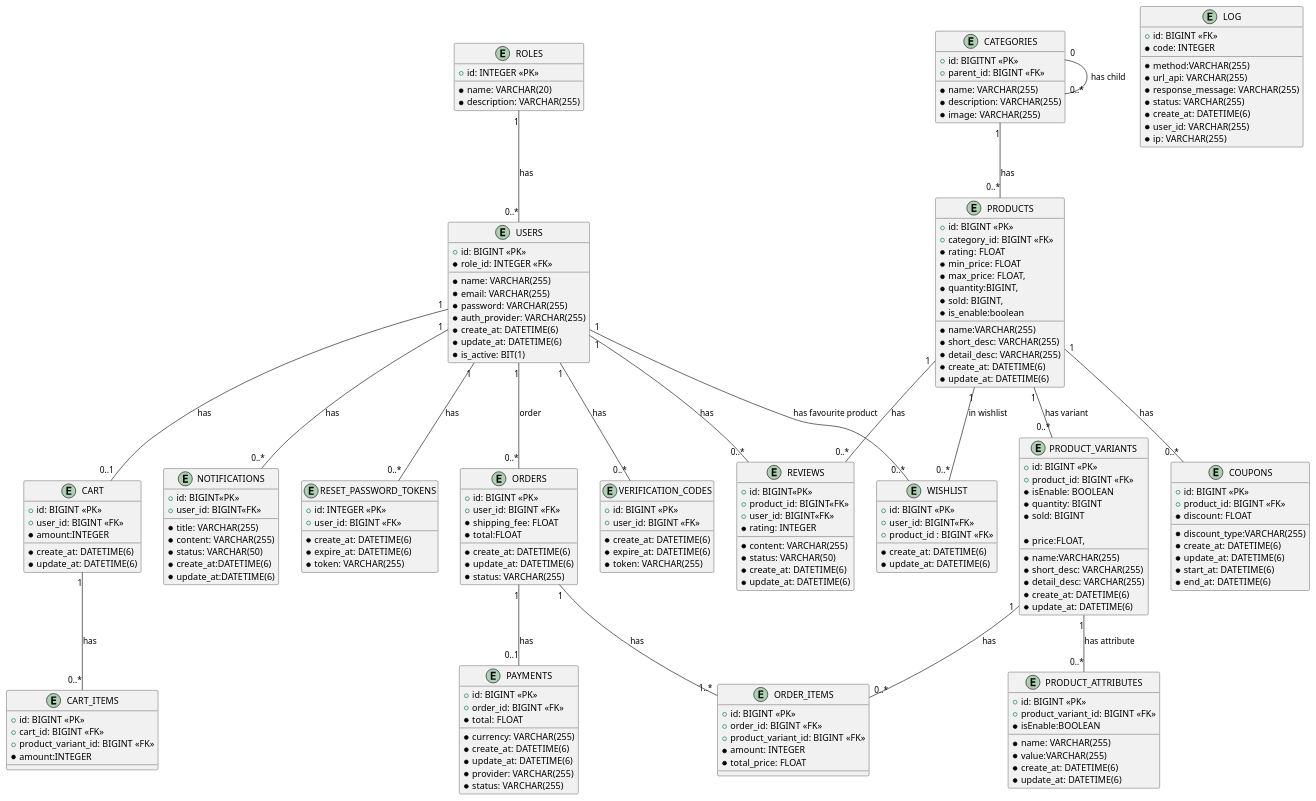
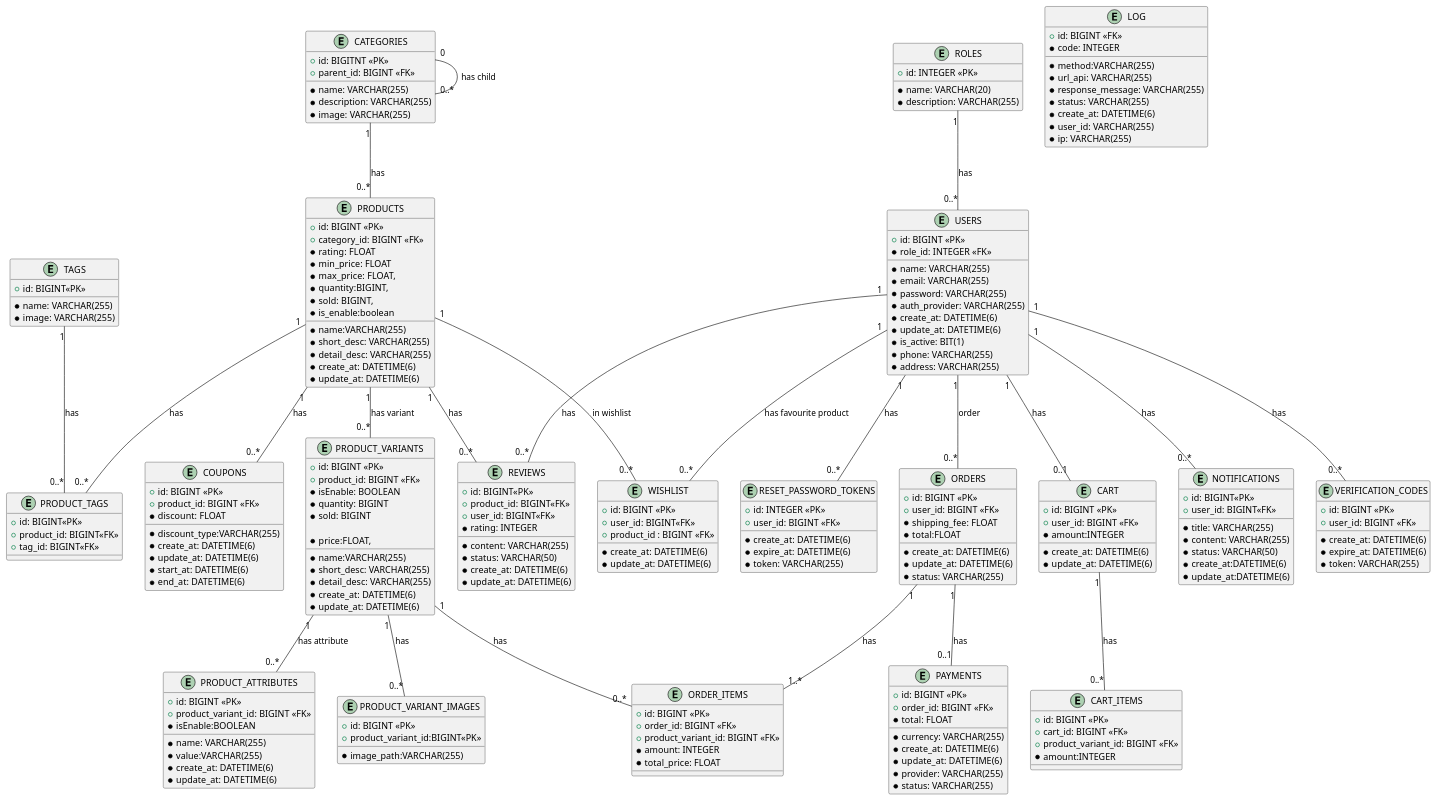
One commit to BinhUIT/web_ban_hang changed the diagram in data_diagram.plantuml. Above: the diagram before and after it, drawn with PlantUML. The commit also changed 2 other files, not shown here.

Commit message:
Chinh db, them field address, phone cho user

```diff
--- a/data_diagram.plantuml
+++ b/data_diagram.plantuml
@@ -9,6 +9,8 @@
 *create_at: DATETIME(6)
 *update_at: DATETIME(6)
 *is_active: BIT(1)
+*phone: VARCHAR(255) 
+*address: VARCHAR(255)
 }
 entity "VERIFICATION_CODES" {
   +id: BIGINT <<PK>>
@@ -177,6 +179,12 @@
     *update_at: DATETIME(6)
     
 }
+entity "PRODUCT_VARIANT_IMAGES" {
+  +id: BIGINT <<PK>> 
+  +product_variant_id:BIGINT<<PK>>
+  *image_path:VARCHAR(255)
+}
+PRODUCT_VARIANTS "1"--"0..*" PRODUCT_VARIANT_IMAGES: has 
 PRODUCTS "1" -- "0..*" REVIEWS: has
 USERS "1" -- "0..*" REVIEWS: has
 entity "NOTIFICATIONS" {
@@ -189,5 +197,16 @@
     *update_at:DATETIME(6)
 }
 USERS "1" --"0..*" NOTIFICATIONS: has
-
+entity "TAGS" {
+  +id: BIGINT<<PK>>
+  *name: VARCHAR(255) 
+  *image: VARCHAR(255)
+}
+entity "PRODUCT_TAGS" {
+  +id: BIGINT<<PK>>
+  +product_id: BIGINT<<FK>>
+  +tag_id: BIGINT<<FK>>
+}
+PRODUCTS "1" -- "0..*" PRODUCT_TAGS: has
+TAGS "1" -- "0..*" PRODUCT_TAGS: has
 @enduml
```
